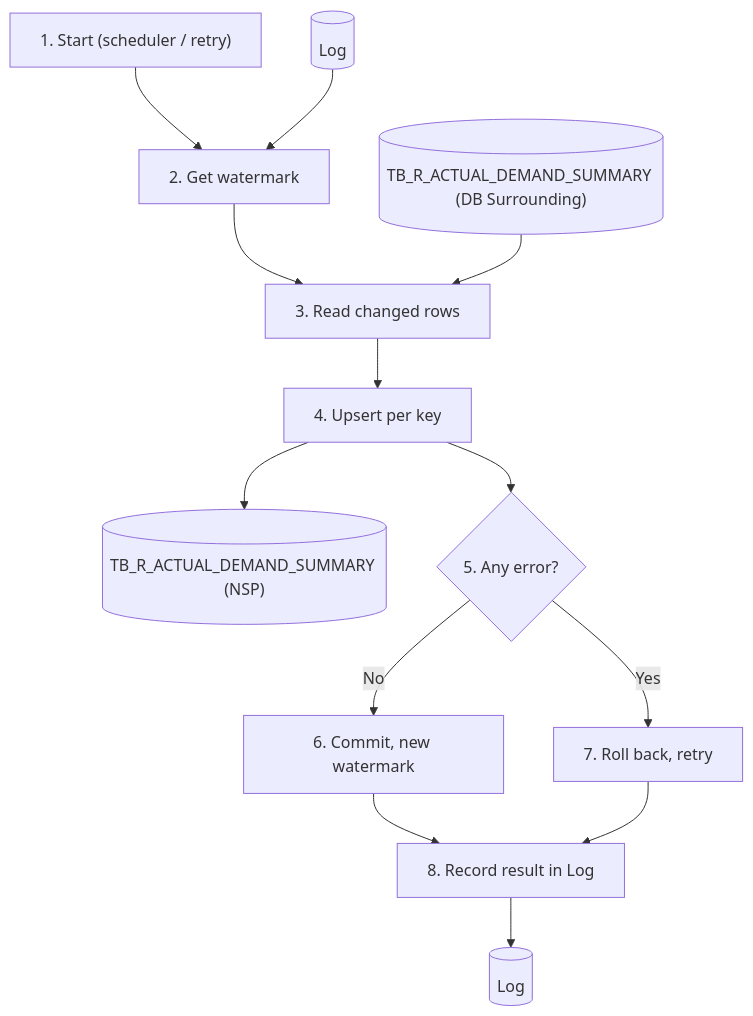
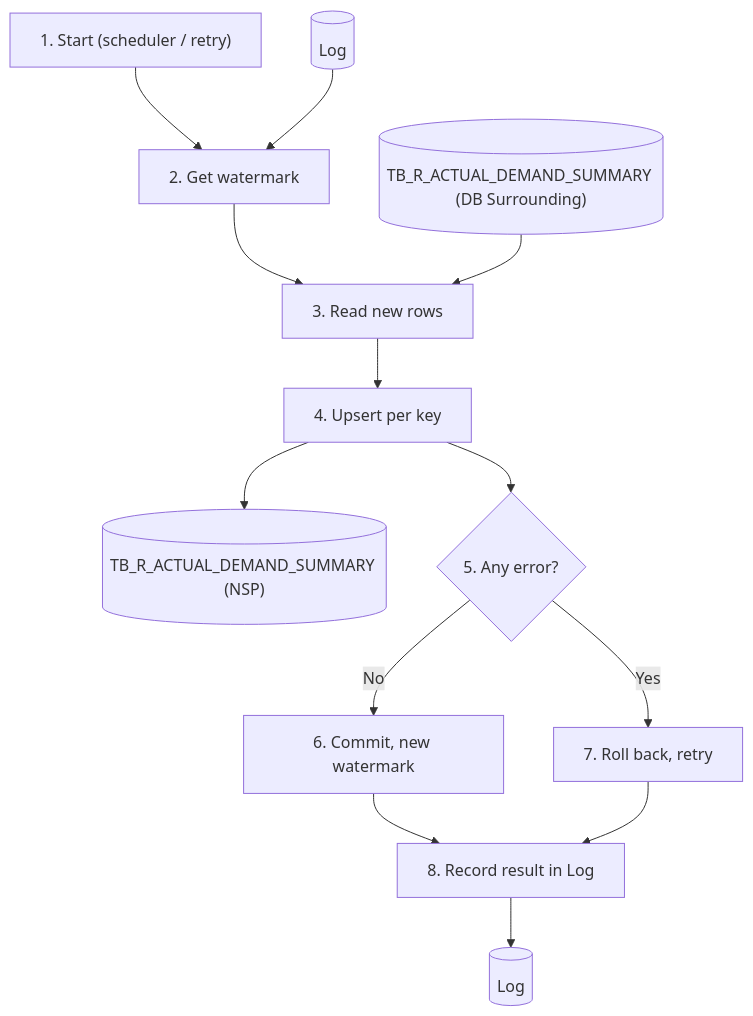
Before and after one commit to ivanrayhannn/crossdockpoc: the second of 2 diagrams in prepare_code/uiss/XD04_Batch_ActualDemandSummarySync.md, drawn with Mermaid. The commit also changed other lines of this file and 20 other files, not shown here.

````diff
--- a/prepare_code/uiss/XD04_Batch_ActualDemandSummarySync.md
+++ b/prepare_code/uiss/XD04_Batch_ActualDemandSummarySync.md
@@ -71,27 +71,27 @@
 ```mermaid
 flowchart TB
   p1["1. Start (scheduler / retry)"]
   p2["2. Get watermark"]
   logi[("Log")]
   src[("TB_R_ACTUAL_DEMAND_SUMMARY (DB Surrounding)")]
-  p3["3. Read changed rows"]
+  p3["3. Read new rows"]
   p4["4. Upsert per key"]
   dst[("TB_R_ACTUAL_DEMAND_SUMMARY (NSP)")]
   d{"5. Any error?"}
   p6["6. Commit, new watermark"]
   p7["7. Roll back, retry"]
   p8["8. Record result in Log"]
   log[("Log")]
   p1 --> p2
   logi --> p2
   p2 --> p3
   src --> p3
   p3 --> p4
   p4 --> dst
   p4 --> d
   d -->|No| p6
   d -->|Yes| p7
   p6 --> p8
   p7 --> p8
   p8 --> log
 ```
````
